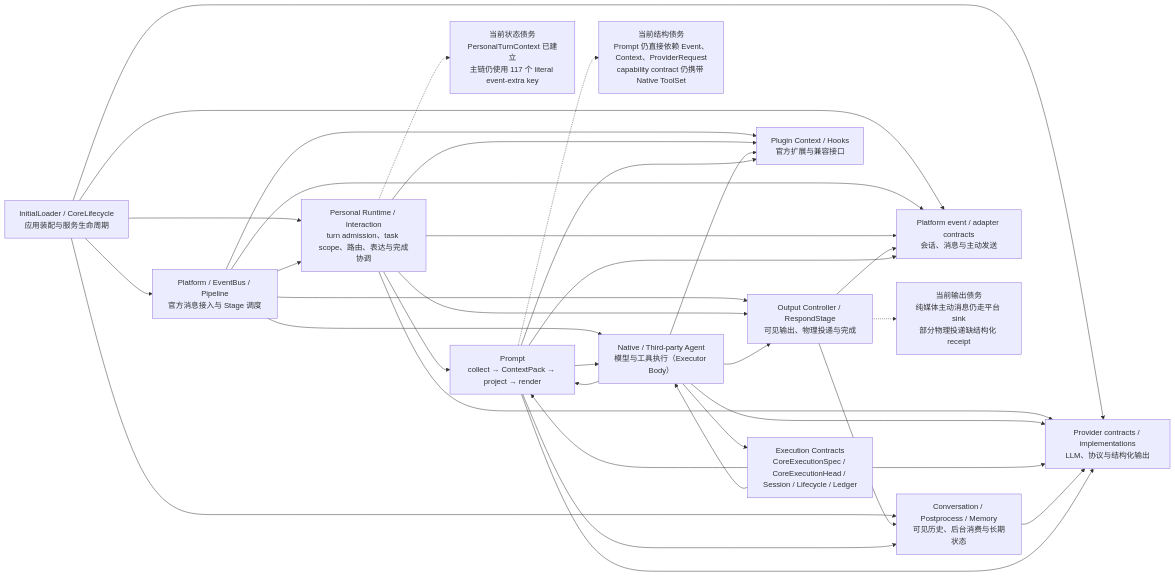
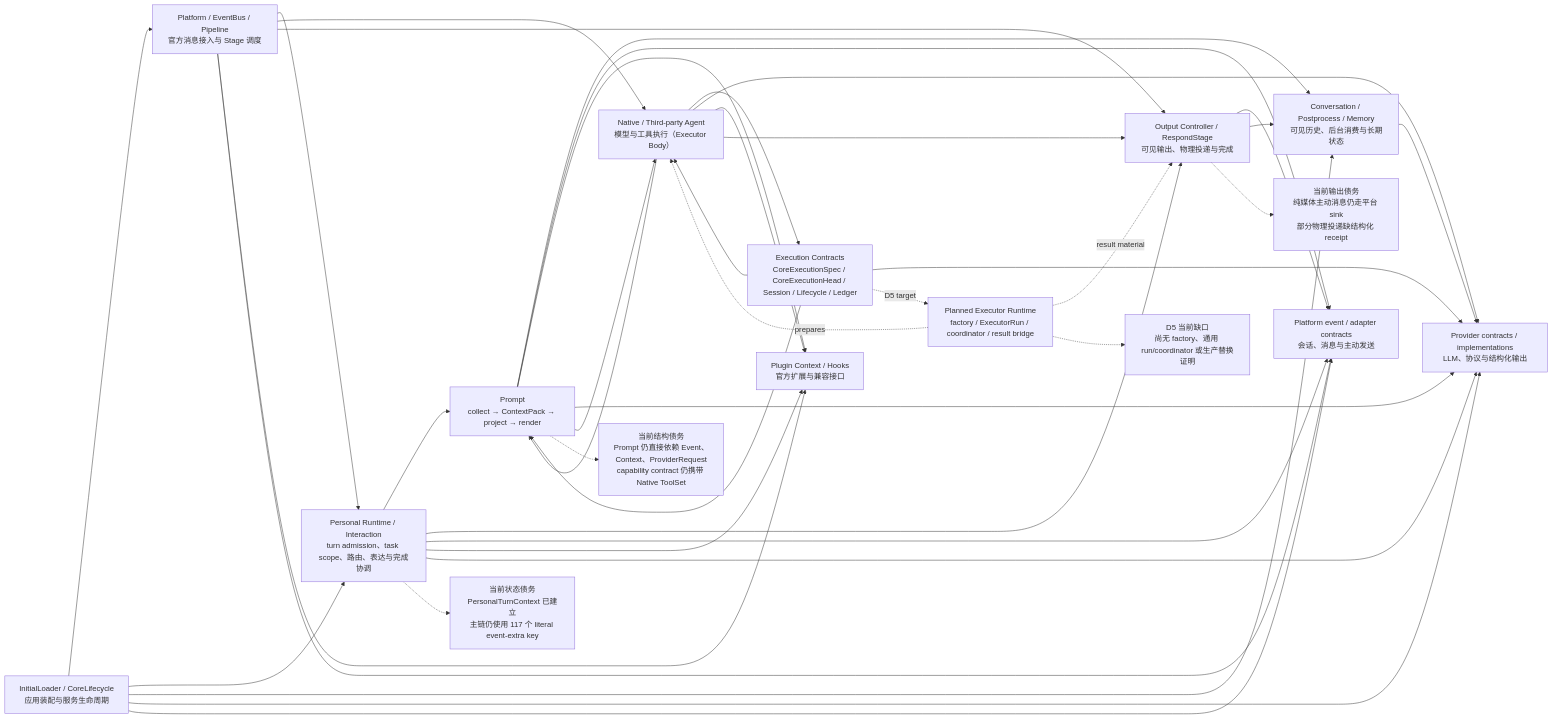
One commit to murphys7017/AG99 changed the diagram in docs/Yakumo/dev/runtime-dependency-structure.mmd. Above: the diagram before and after it, drawn with Mermaid. The commit also changed 15 other files, not shown here.

Commit message:
docs: document executor replacement roadmap

```diff
--- a/docs/Yakumo/dev/runtime-dependency-structure.mmd
+++ b/docs/Yakumo/dev/runtime-dependency-structure.mmd
@@ -1,59 +1,66 @@
 flowchart LR
 %% AstrBot 当前 core 静态依赖结构。由 2026-07-21 源码顶层 import 图归纳。
+%% 2026-09-21：虚线 Executor Runtime 是 D5 的目标依赖，不是当前已落地的运行链。
 %% 474 个 core 模块；修正依赖初始化顺序的导入后，顶层运行时 import SCC 为 0。
 
     BOOT["InitialLoader / CoreLifecycle<br/>应用装配与服务生命周期"]
     EVENT["Platform / EventBus / Pipeline<br/>官方消息接入与 Stage 调度"]
     RUNTIME["Personal Runtime / Interaction<br/>turn admission、task scope、路由、表达与完成协调"]
     PROMPT["Prompt<br/>collect → ContextPack → project → render"]
     EXEC["Execution Contracts<br/>CoreExecutionSpec / CoreExecutionHead / Session / Lifecycle / Ledger"]
     AGENT["Native / Third-party Agent<br/>模型与工具执行（Executor Body）"]
+    EXEC_RUNTIME["Planned Executor Runtime<br/>factory / ExecutorRun / coordinator / result bridge"]
     OUTPUT["Output Controller / RespondStage<br/>可见输出、物理投递与完成"]
     HISTORY["Conversation / Postprocess / Memory<br/>可见历史、后台消费与长期状态"]
     PLUGIN["Plugin Context / Hooks<br/>官方扩展与兼容接口"]
     PROVIDER["Provider contracts / implementations<br/>LLM、协议与结构化输出"]
     PLATFORM["Platform event / adapter contracts<br/>会话、消息与主动发送"]
 
     BOOT --> EVENT
     BOOT --> RUNTIME
     BOOT --> HISTORY
     BOOT --> PROVIDER
     BOOT --> PLATFORM
 
     EVENT --> RUNTIME
     EVENT --> AGENT
     EVENT --> OUTPUT
     EVENT --> PLUGIN
     EVENT --> PLATFORM
 
     RUNTIME --> PROMPT
     RUNTIME --> OUTPUT
     RUNTIME --> PLATFORM
     RUNTIME --> PLUGIN
     RUNTIME --> PROVIDER
 
     AGENT --> EXEC
     AGENT --> PROMPT
     AGENT --> PROVIDER
     AGENT --> PLUGIN
     AGENT --> OUTPUT
 
     EXEC --> PROMPT
     EXEC --> PROVIDER
     EXEC --> AGENT
+    EXEC -. D5 target .-> EXEC_RUNTIME
+    EXEC_RUNTIME -. prepares .-> AGENT
+    EXEC_RUNTIME -. result material .-> OUTPUT
     OUTPUT --> PLATFORM
     OUTPUT --> HISTORY
     HISTORY --> PROVIDER
 
     PROMPT --> HISTORY
     PROMPT --> PLATFORM
     PROMPT --> PLUGIN
     PROMPT --> PROVIDER
     PROMPT --> AGENT
     CONTRACT_GAP["当前结构债务<br/>Prompt 仍直接依赖 Event、Context、ProviderRequest<br/>capability contract 仍携带 Native ToolSet"]
     STATE_GAP["当前状态债务<br/>PersonalTurnContext 已建立<br/>主链仍使用 117 个 literal event-extra key"]
     OUTPUT_GAP["当前输出债务<br/>纯媒体主动消息仍走平台 sink<br/>部分物理投递缺结构化 receipt"]
+    EXECUTOR_GAP["D5 当前缺口<br/>尚无 factory、通用 run/coordinator 或生产替换证明"]
 
     PROMPT -.-> CONTRACT_GAP
     RUNTIME -.-> STATE_GAP
     OUTPUT -.-> OUTPUT_GAP
+    EXEC_RUNTIME -.-> EXECUTOR_GAP
```
